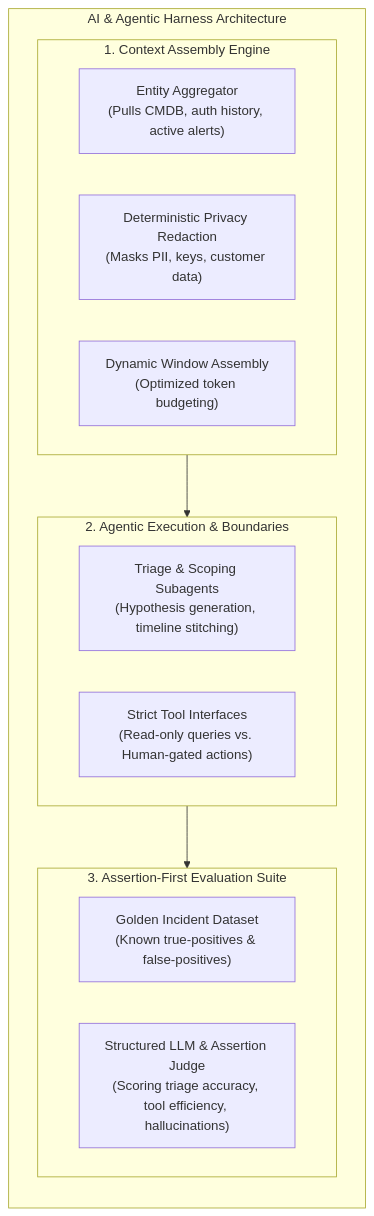
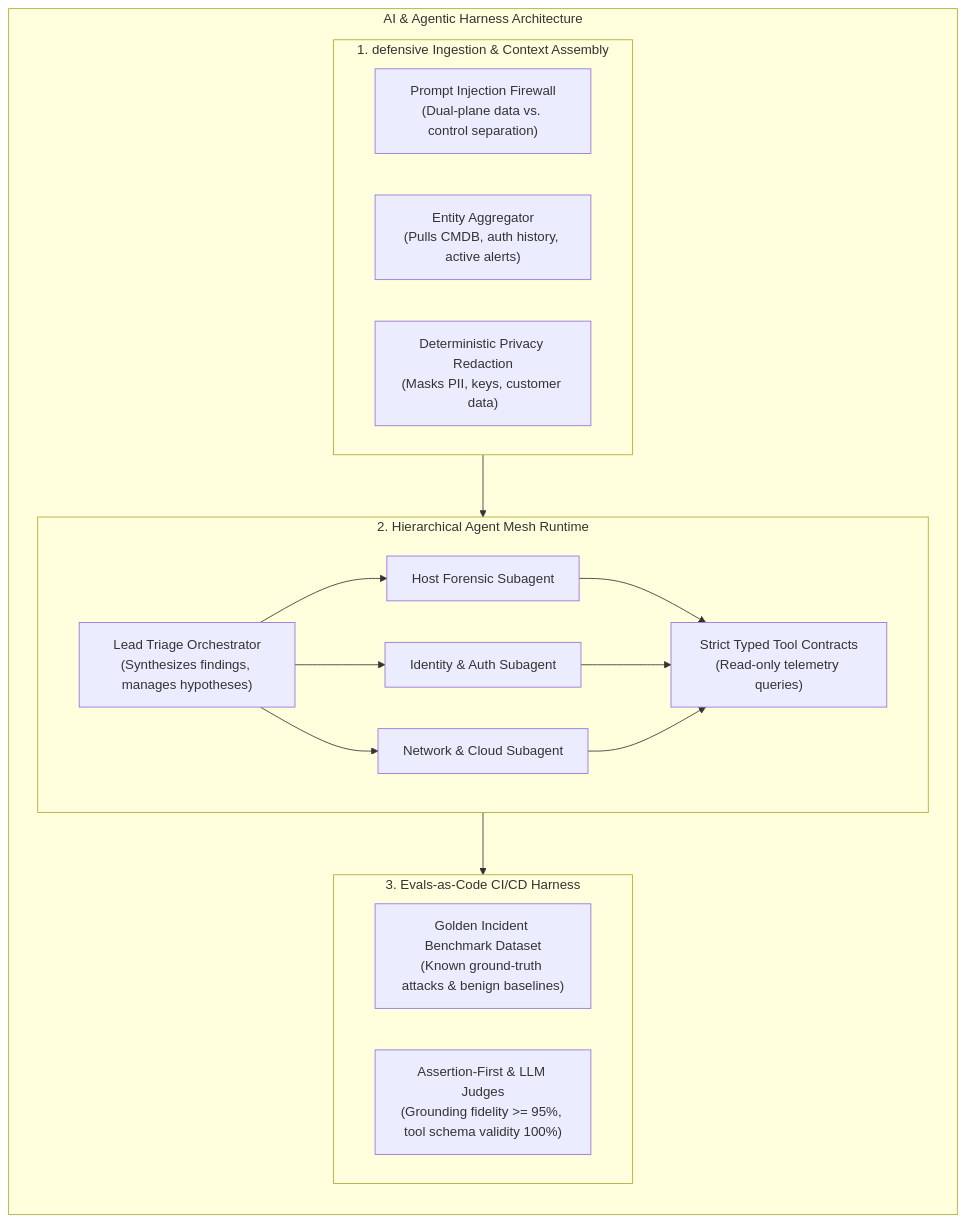
Before and after one commit to Haribu/TIDIR: the sixth of 6 diagrams in docs/architecture/05-cross-cutting-engineering-disciplines.md, drawn with Mermaid. The commit also changed other lines of this file and 34 other files, not shown here.

````diff
--- a/docs/architecture/05-cross-cutting-engineering-disciplines.md
+++ b/docs/architecture/05-cross-cutting-engineering-disciplines.md
@@ -160,24 +170,33 @@
 ```mermaid
 flowchart TB
   subgraph AI_Harness ["AI & Agentic Harness Architecture"]
     direction TB
-    subgraph ContextEngine ["1. Context Assembly Engine"]
+    subgraph ContextEngine ["1. defensive Ingestion & Context Assembly"]
+      FIREWALL["Prompt Injection Firewall\n(Dual-plane data vs. control separation)"]
       GATHER["Entity Aggregator\n(Pulls CMDB, auth history, active alerts)"]
       REDACT["Deterministic Privacy Redaction\n(Masks PII, keys, customer data)"]
-      WINDOW["Dynamic Window Assembly\n(Optimized token budgeting)"]
     end
 
-    subgraph AgentRuntime ["2. Agentic Execution & Boundaries"]
-      AGENT["Triage & Scoping Subagents\n(Hypothesis generation, timeline stitching)"]
-      TOOLS["Strict Tool Interfaces\n(Read-only queries vs. Human-gated actions)"]
+    subgraph AgentRuntime ["2. Hierarchical Agent Mesh Runtime"]
+      ORCH["Lead Triage Orchestrator\n(Synthesizes findings, manages hypotheses)"]
+      SUB_HOST["Host Forensic Subagent"]
+      SUB_ID["Identity & Auth Subagent"]
+      SUB_NET["Network & Cloud Subagent"]
+      TOOLS["Strict Typed Tool Contracts\n(Read-only telemetry queries)"]
     end
 
-    subgraph EvalHarness ["3. Assertion-First Evaluation Suite"]
-      BENCH["Golden Incident Dataset\n(Known true-positives & false-positives)"]
-      JUDGE["Structured LLM & Assertion Judge\n(Scoring triage accuracy, tool efficiency, hallucinations)"]
+    subgraph EvalHarness ["3. Evals-as-Code CI/CD Harness"]
+      BENCH["Golden Incident Benchmark Dataset\n(Known ground-truth attacks & benign baselines)"]
+      JUDGE["Assertion-First & LLM Judges\n(Grounding fidelity >= 95%, tool schema validity 100%)"]
     end
 
     ContextEngine --> AgentRuntime
     AgentRuntime --> EvalHarness
+    ORCH --> SUB_HOST
+    ORCH --> SUB_ID
+    ORCH --> SUB_NET
+    SUB_HOST --> TOOLS
+    SUB_ID --> TOOLS
+    SUB_NET --> TOOLS
   end
 ```
````
